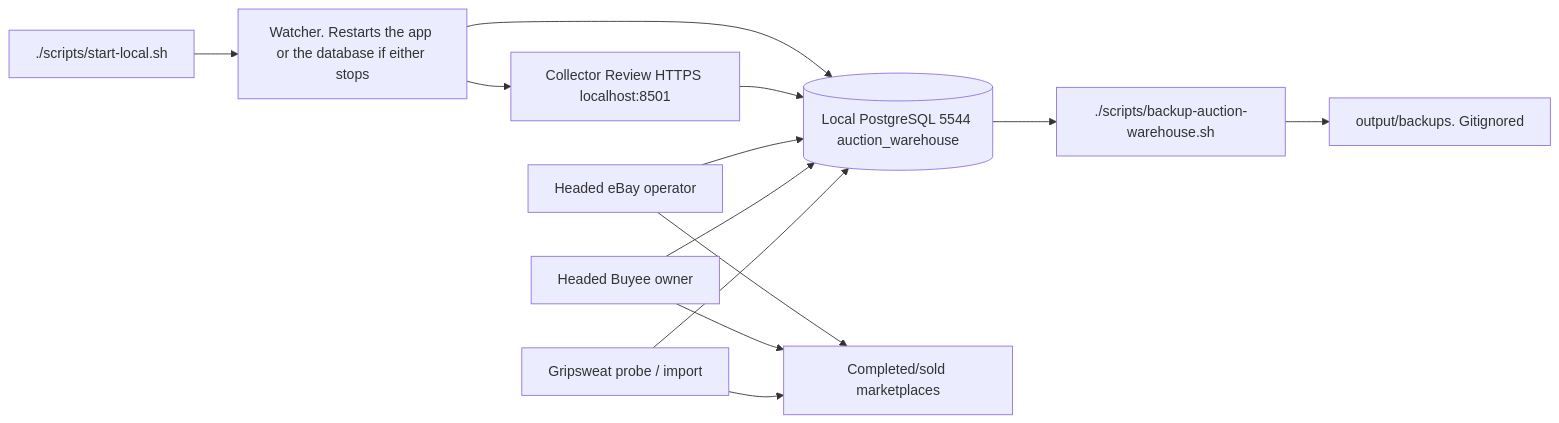
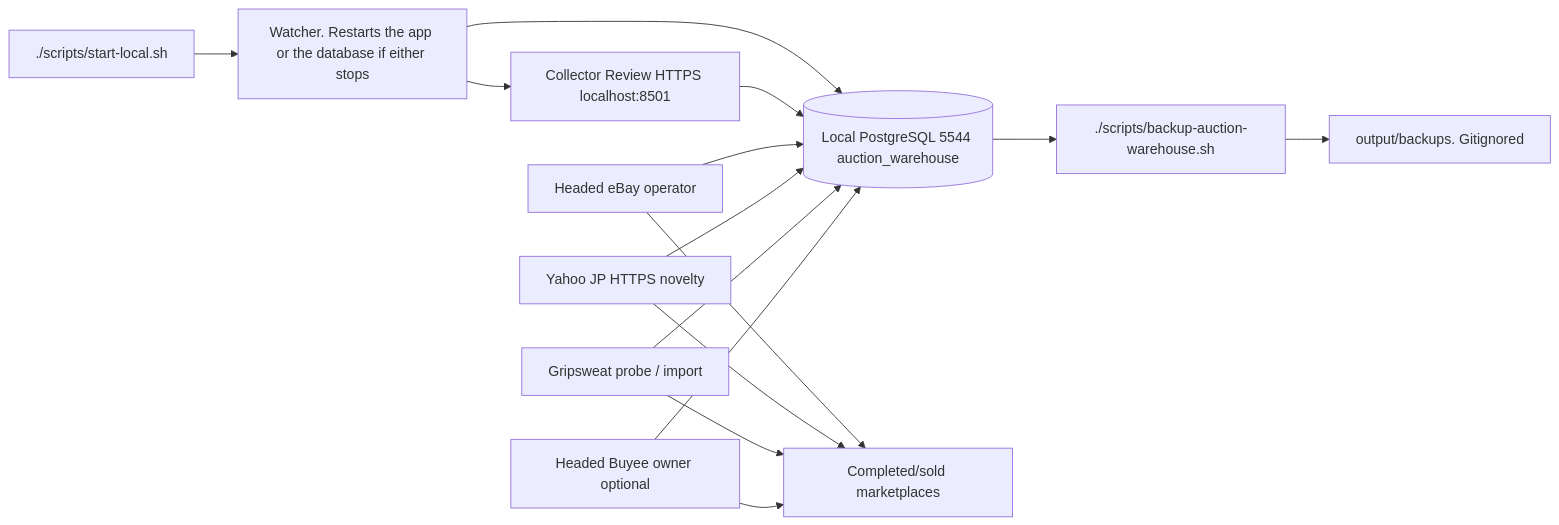
The third of 3 diagrams in README.md (TomWang22/auction-etl), drawn with Mermaid before and after one commit. The commit also changed other lines of this file and 51 other files, not shown here.

````diff
--- a/README.md
+++ b/README.md
@@ -497,26 +520,29 @@
 ```mermaid
 flowchart LR
     Start["./scripts/start-local.sh"]
     Watch["Watcher. Restarts the app or the database if either stops"]
     UI["Collector Review HTTPS localhost:8501"]
     DB[("Local PostgreSQL 5544 auction_warehouse")]
     Backup["./scripts/backup-auction-warehouse.sh"]
     Out["output/backups. Gitignored"]
     EbayOp["Headed eBay operator"]
-    Buyee["Headed Buyee owner"]
+    YahooJP["Yahoo JP HTTPS novelty"]
     Grip["Gripsweat probe / import"]
+    Buyee["Headed Buyee owner optional"]
     Sources["Completed/sold marketplaces"]
 
     Start --> Watch
     Watch --> UI
     Watch --> DB
     UI --> DB
     DB --> Backup
     Backup --> Out
     EbayOp --> Sources
+    YahooJP --> Sources
+    Grip --> Sources
     Buyee --> Sources
-    Grip --> Sources
     EbayOp --> DB
+    YahooJP --> DB
+    Grip --> DB
     Buyee --> DB
-    Grip --> DB
 ```
````
